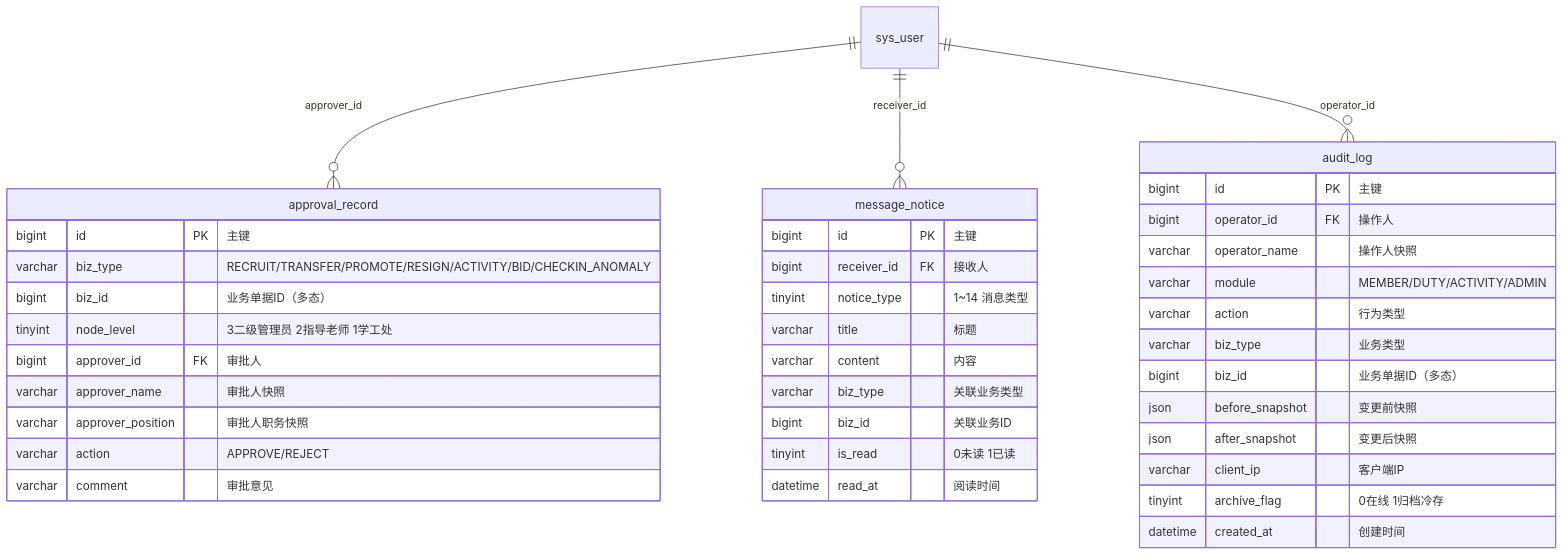
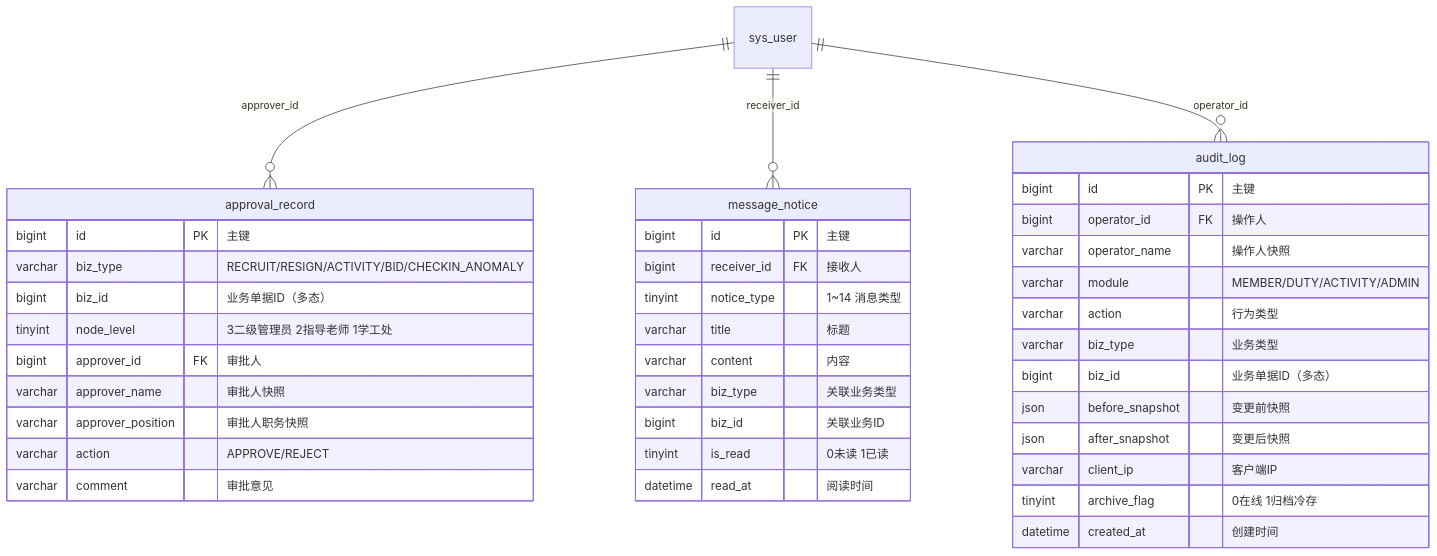
Before and after one commit to encoXJH/student-affairs: the sixth of 6 diagrams in er-diagram.md, drawn with Mermaid. The commit also changed other lines of this file and 4 other files, not shown here.

Commit message:
v2 数据库终审优化：值班改服务次数、换届免审、补班级与工号字段，同步ER图与说明书

````diff
--- a/er-diagram.md
+++ b/er-diagram.md
@@ -415,43 +415,43 @@
 ```mermaid
 erDiagram
     sys_user ||--o{ approval_record : "approver_id"
     sys_user ||--o{ message_notice : "receiver_id"
     sys_user ||--o{ audit_log : "operator_id"
 
     approval_record {
         bigint id PK "主键"
-        varchar biz_type "RECRUIT/TRANSFER/PROMOTE/RESIGN/ACTIVITY/BID/CHECKIN_ANOMALY"
+        varchar biz_type "RECRUIT/RESIGN/ACTIVITY/BID/CHECKIN_ANOMALY"
         bigint biz_id "业务单据ID（多态）"
         tinyint node_level "3二级管理员 2指导老师 1学工处"
         bigint approver_id FK "审批人"
         varchar approver_name "审批人快照"
         varchar approver_position "审批人职务快照"
         varchar action "APPROVE/REJECT"
         varchar comment "审批意见"
     }
     message_notice {
         bigint id PK "主键"
         bigint receiver_id FK "接收人"
         tinyint notice_type "1~14 消息类型"
         varchar title "标题"
         varchar content "内容"
         varchar biz_type "关联业务类型"
         bigint biz_id "关联业务ID"
         tinyint is_read "0未读 1已读"
         datetime read_at "阅读时间"
     }
     audit_log {
         bigint id PK "主键"
         bigint operator_id FK "操作人"
         varchar operator_name "操作人快照"
         varchar module "MEMBER/DUTY/ACTIVITY/ADMIN"
         varchar action "行为类型"
         varchar biz_type "业务类型"
         bigint biz_id "业务单据ID（多态）"
         json before_snapshot "变更前快照"
         json after_snapshot "变更后快照"
         varchar client_ip "客户端IP"
         tinyint archive_flag "0在线 1归档冷存"
         datetime created_at "创建时间"
     }
 ```
````
